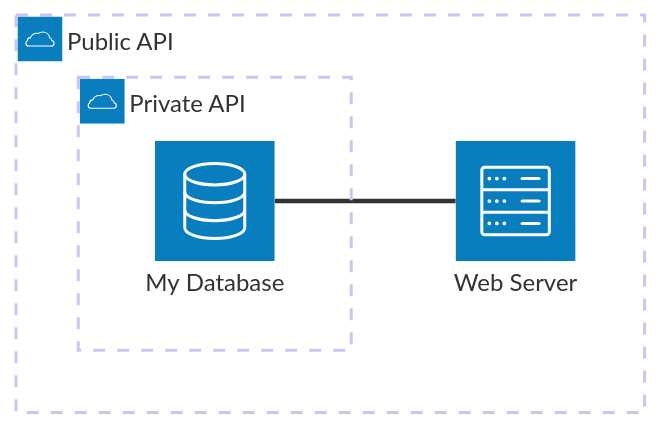
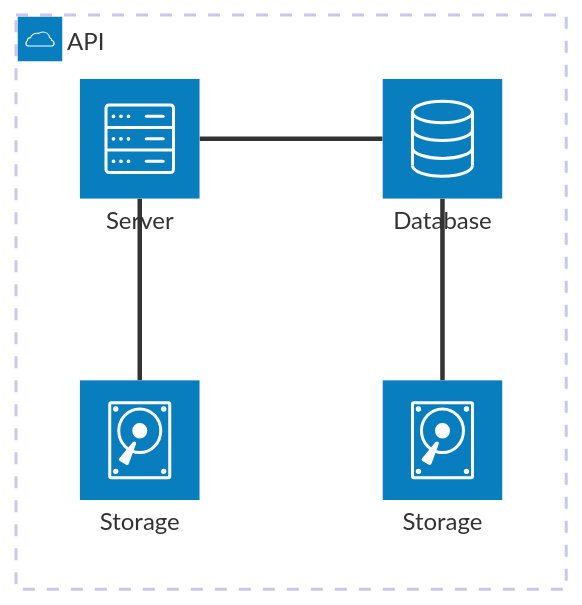
Before and after one commit to teachingai/full-stack-skills: the first of 16 diagrams in skills/mermaid/examples/architecture.md, drawn with Mermaid. The commit also changed other lines of this file and 21 other files, not shown here.

First line of the commit message:
docs(mermaid): 更新架构、块、C4和类图示例文档

````diff
--- a/skills/mermaid/examples/architecture.md
+++ b/skills/mermaid/examples/architecture.md
@@ -27,8 +27,11 @@
 ```mermaid
 architecture-beta
-    group public_api(cloud)[Public API]
-    group private_api(cloud)[Private API] in public_api
-    service database1(database)[My Database] in private_api
-    service server1(server)[Web Server] in public_api
-    server1:L -- R:database1
+    group api(cloud)[API]
+    service db(database)[Database] in api
+    service disk1(disk)[Storage] in api
+    service disk2(disk)[Storage] in api
+    service server(server)[Server] in api
+    db:L -- R:server
+    disk1:T -- B:server
+    disk2:T -- B:db
 ```
````
